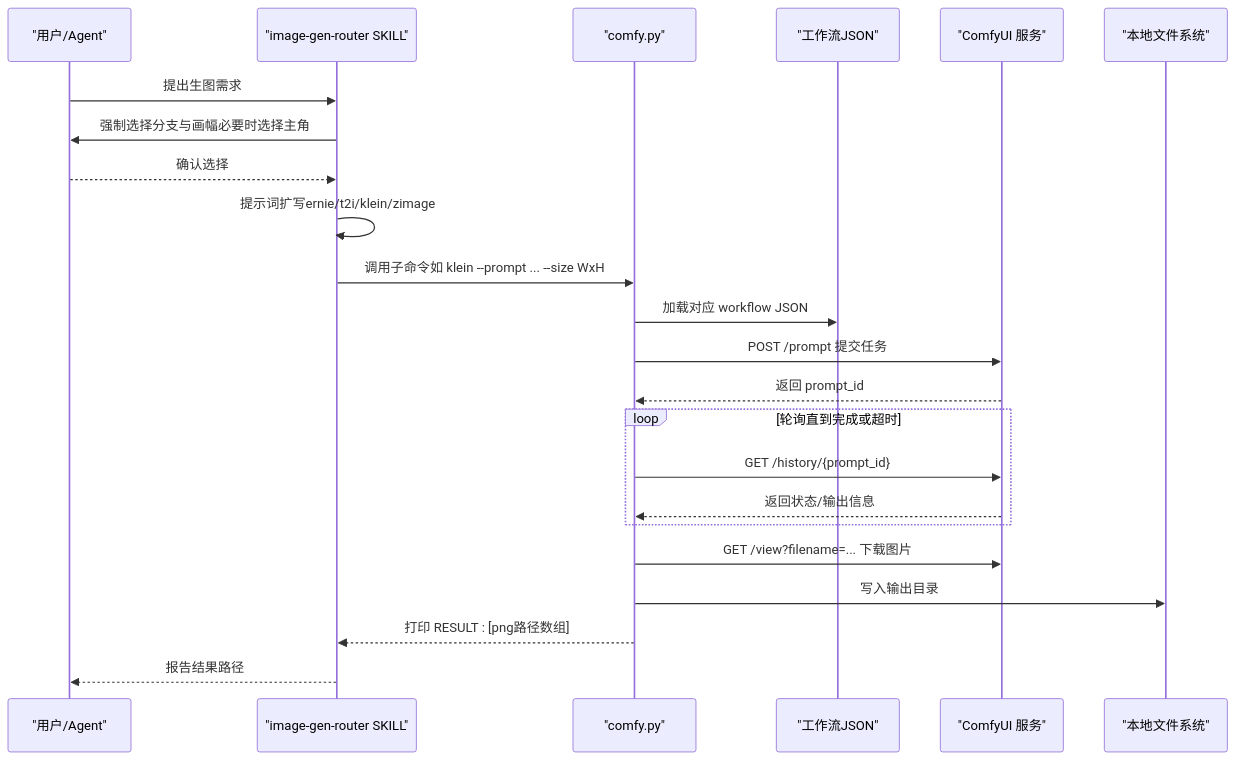
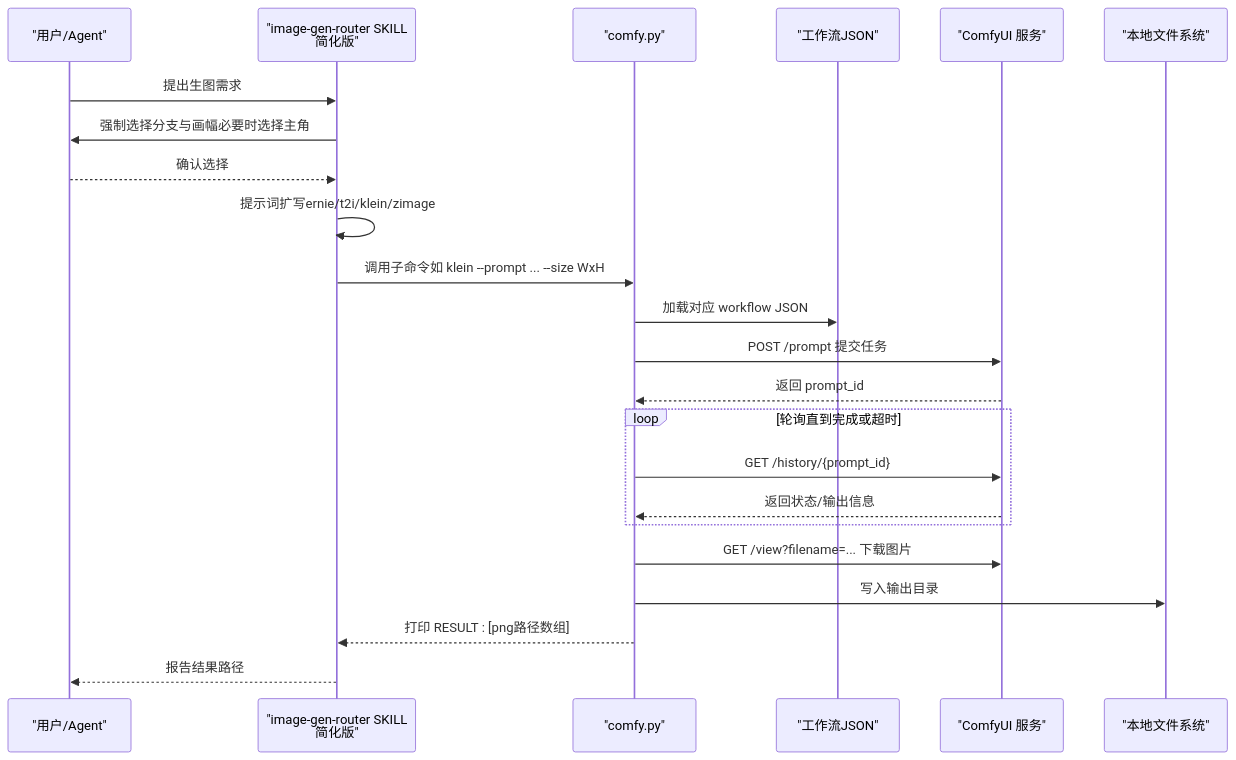
One commit to swond-Mao/Tiffa changed the second of 4 diagrams in .qoder/repowiki/zh/content/技能系统/图像处理技能/图像生成路由器.md. Above: the diagram before and after it, drawn with Mermaid. The commit also changed other lines of this file and 73 other files, not shown here.

First line of the commit message:
feat: Tiffa 品牌图标 + Computer Use v2 + WebP 静默崩修复

````diff
--- a/.qoder/repowiki/zh/content/技能系统/图像处理技能/图像生成路由器.md
+++ b/.qoder/repowiki/zh/content/技能系统/图像处理技能/图像生成路由器.md
@@ -95,25 +105,25 @@
 ```mermaid
 sequenceDiagram
 participant U as "用户/Agent"
-participant R as "image-gen-router SKILL"
+participant R as "image-gen-router SKILL<br/>简化版"
 participant P as "comfy.py"
 participant W as "工作流JSON"
 participant S as "ComfyUI 服务"
 participant FS as "本地文件系统"
 U->>R : 提出生图需求
 R->>U : 强制选择分支与画幅必要时选择主角
 U-->>R : 确认选择
 R->>R : 提示词扩写ernie/t2i/klein/zimage
 R->>P : 调用子命令如 klein --prompt ... --size WxH
 P->>W : 加载对应 workflow JSON
 P->>S : POST /prompt 提交任务
 S-->>P : 返回 prompt_id
 loop 轮询直到完成或超时
 P->>S : GET /history/{prompt_id}
 S-->>P : 返回状态/输出信息
 end
 P->>S : GET /view?filename=... 下载图片
 P->>FS : 写入输出目录
 P-->>R : 打印 RESULT : [png路径数组]
 R-->>U : 报告结果路径
 ```
````
